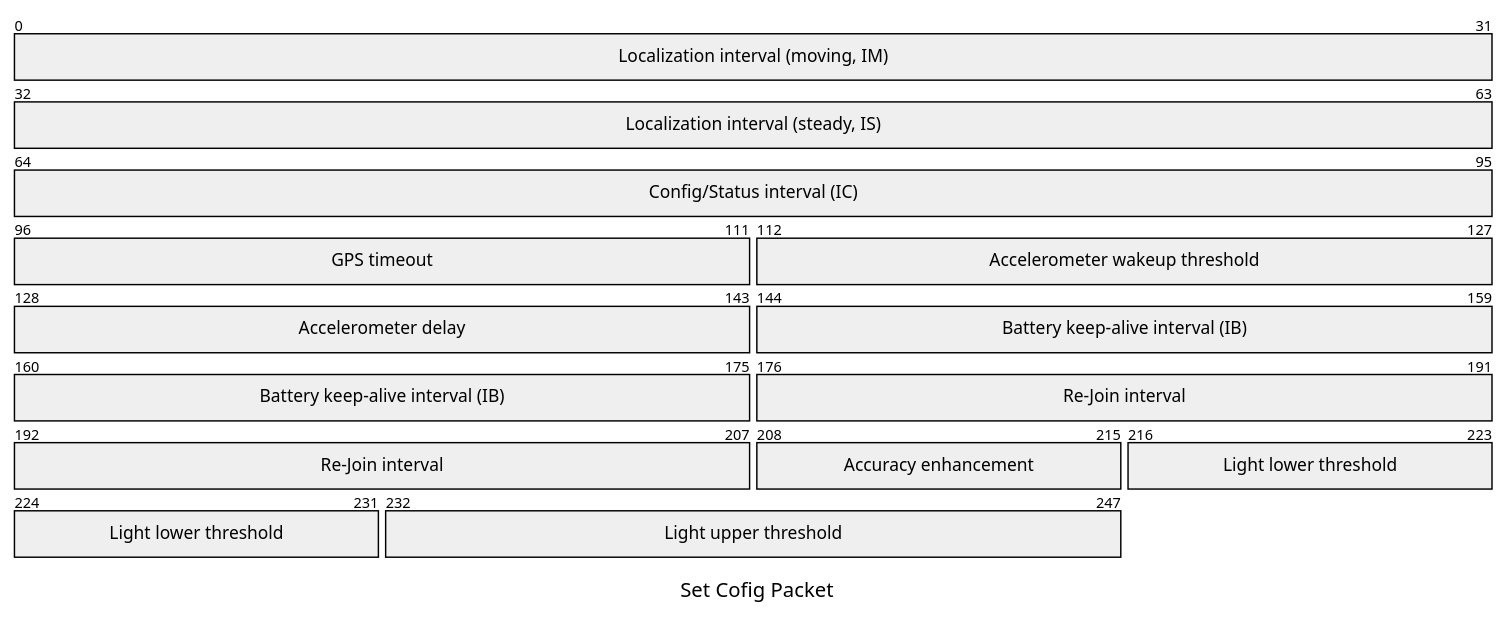
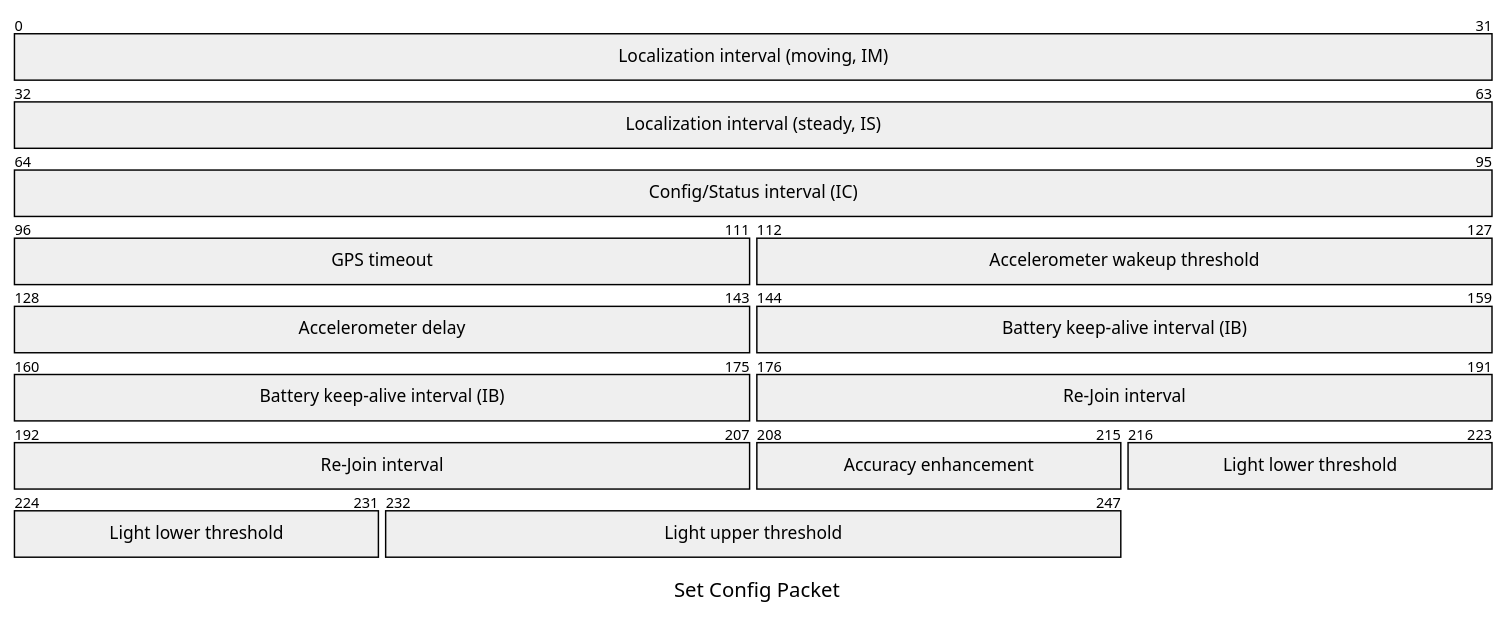
Before and after one commit to truvami/docs: the fourth of 6 diagrams in docs/04 - Devices/04 - nomad XS/03- payload format nomad-XS.md, drawn with Mermaid.

Commit message:
Update docs/04 - Devices/04 - nomad XS/03- payload format nomad-XS.md

````diff
--- a/docs/04 - Devices/04 - nomad XS/03- payload format nomad-XS.md
+++ b/docs/04 - Devices/04 - nomad XS/03- payload format nomad-XS.md
@@ -158,17 +158,17 @@
 ```mermaid
 ---
-title: "Set Cofig Packet"
+title: "Set Config Packet"
 ---
 packet
 +32: "Localization interval (moving, IM)"
 +32: "Localization interval (steady, IS)"
 +32: "Config/Status interval (IC)"
 +16: "GPS timeout"
 +16: "Accelerometer wakeup threshold"
 +16: "Accelerometer delay"
 +32: "Battery keep-alive interval (IB)"
 +32: "Re-Join interval"
 +8: "Accuracy enhancement"
 +16: "Light lower threshold"
 +16: "Light upper threshold"
 ```
````
